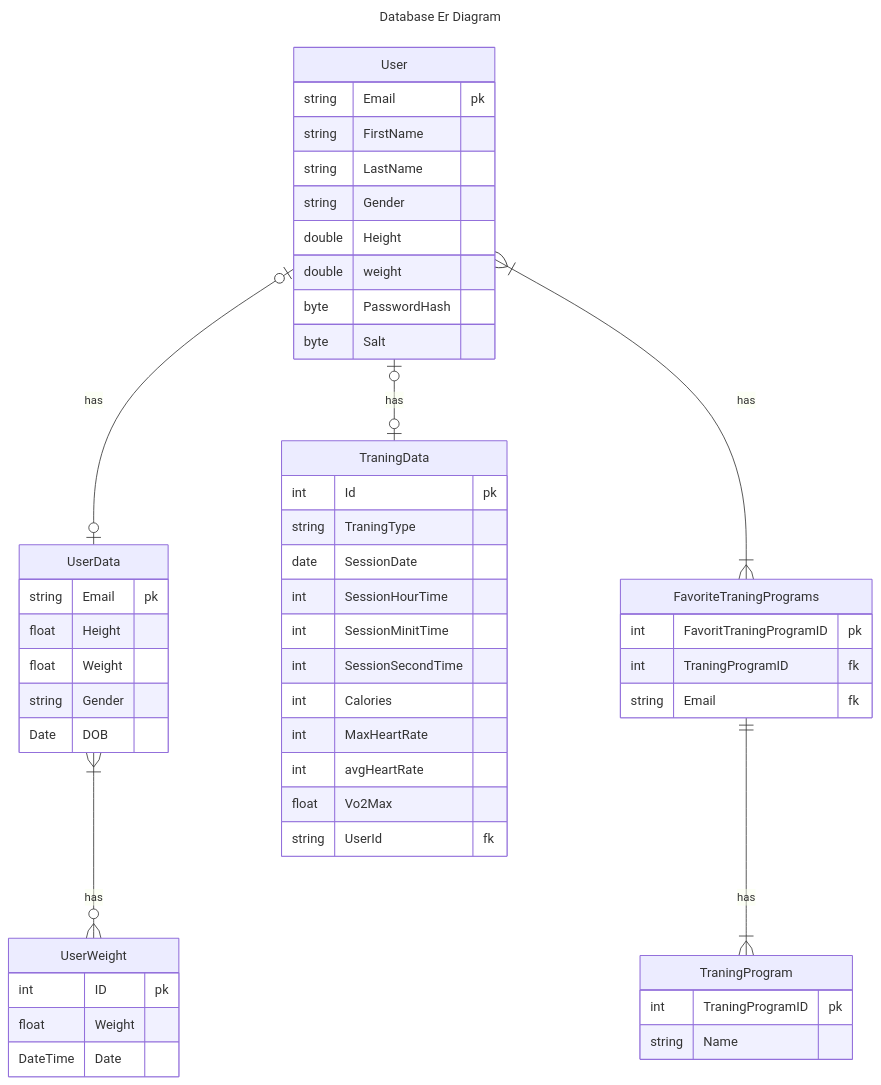
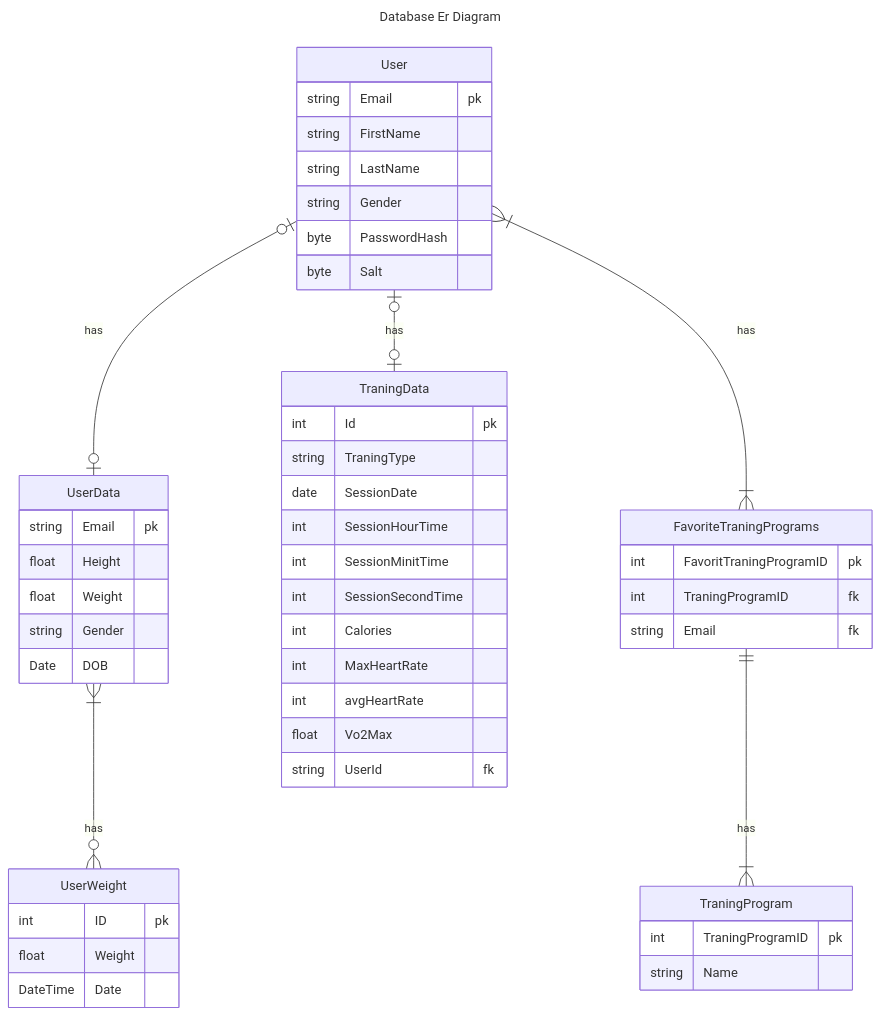
One commit to kamar-dk/Sem.Project4 changed the second of 2 diagrams in Diagrammer/Database/Nyt Database diagram.md. Above: the diagram before and after it, drawn with Mermaid.

Commit message:
Update Nyt Database diagram.md

````diff
--- a/Diagrammer/Database/Nyt Database diagram.md
+++ b/Diagrammer/Database/Nyt Database diagram.md
@@ -28,65 +28,63 @@
 ```mermaid
 ---
 title: Database Er Diagram
 ---
 erDiagram
     User{
         string Email pk
         string FirstName
         string LastName
         string Gender
-        double Height
-        double weight
         byte PasswordHash
         byte Salt
     }
     
     User |o--o| UserData : has
     User |o--o| TraningData : has
     User }|--|{ FavoriteTraningPrograms : has
 
     UserData {
         string Email pk
         float Height
         float Weight
         string Gender
         Date DOB
     }
 
     UserWeight {
         int ID pk
         float Weight
         DateTime Date
     }
 
     UserData }|--o{ UserWeight : has
     
     TraningData {
         int Id pk
         string TraningType
         date SessionDate
         int SessionHourTime
         int SessionMinitTime
         int SessionSecondTime
         int Calories
         int MaxHeartRate
         int avgHeartRate
         float Vo2Max
         string UserId fk
     }
 
     TraningProgram {
         int TraningProgramID pk
         string Name
     }
 
     FavoriteTraningPrograms ||--|{ TraningProgram : has
 
     FavoriteTraningPrograms {
         int FavoritTraningProgramID pk
         int TraningProgramID fk
         string Email fk
 
     }
 
 ```
````
